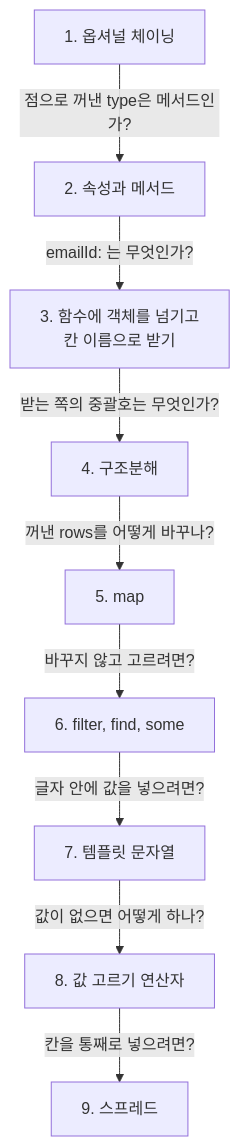
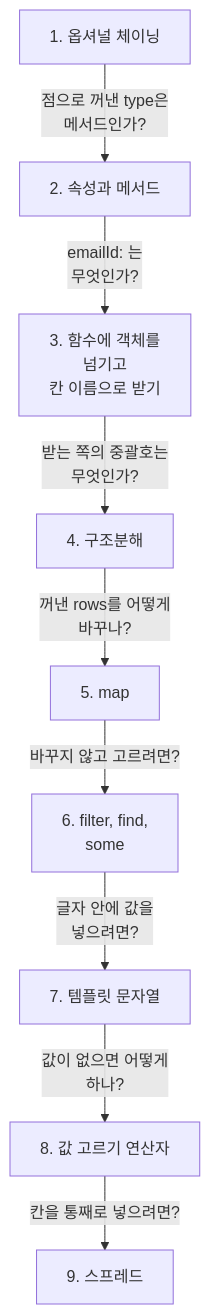
The second of 2 diagrams in 2026/November/11-07.md (ChildrenAon/TIL), drawn with Mermaid before and after one commit. The commit also changed other lines of this file and 5 other files, not shown here.

````diff
--- a/2026/November/11-07.md
+++ b/2026/November/11-07.md
@@ -132,11 +132,11 @@
 ```mermaid
 flowchart TD
-  A["1. 옵셔널 체이닝"] -->|"점으로 꺼낸 type은 메서드인가?"| B["2. 속성과 메서드"]
-  B -->|"emailId: 는 무엇인가?"| C["3. 함수에 객체를 넘기고<br/>칸 이름으로 받기"]
-  C -->|"받는 쪽의 중괄호는 무엇인가?"| D["4. 구조분해"]
-  D -->|"꺼낸 rows를 어떻게 바꾸나?"| E["5. map"]
-  E -->|"바꾸지 않고 고르려면?"| F["6. filter, find, some"]
-  F -->|"글자 안에 값을 넣으려면?"| G["7. 템플릿 문자열"]
-  G -->|"값이 없으면 어떻게 하나?"| H["8. 값 고르기 연산자"]
+  A["1. 옵셔널 체이닝"] -->|"점으로 꺼낸 type은<br/>메서드인가?"| B["2. 속성과 메서드"]
+  B -->|"emailId: 는<br/>무엇인가?"| C["3. 함수에 객체를<br/>넘기고<br/>칸 이름으로 받기"]
+  C -->|"받는 쪽의 중괄호는<br/>무엇인가?"| D["4. 구조분해"]
+  D -->|"꺼낸 rows를 어떻게<br/>바꾸나?"| E["5. map"]
+  E -->|"바꾸지 않고 고르려면?"| F["6. filter, find,<br/>some"]
+  F -->|"글자 안에 값을<br/>넣으려면?"| G["7. 템플릿 문자열"]
+  G -->|"값이 없으면 어떻게<br/>하나?"| H["8. 값 고르기 연산자"]
   H -->|"칸을 통째로 넣으려면?"| I["9. 스프레드"]
 ```
````
